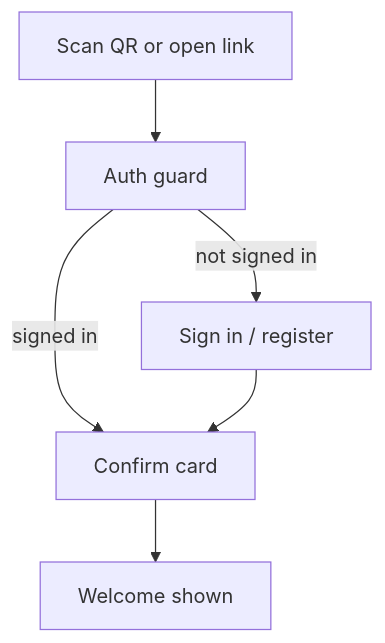
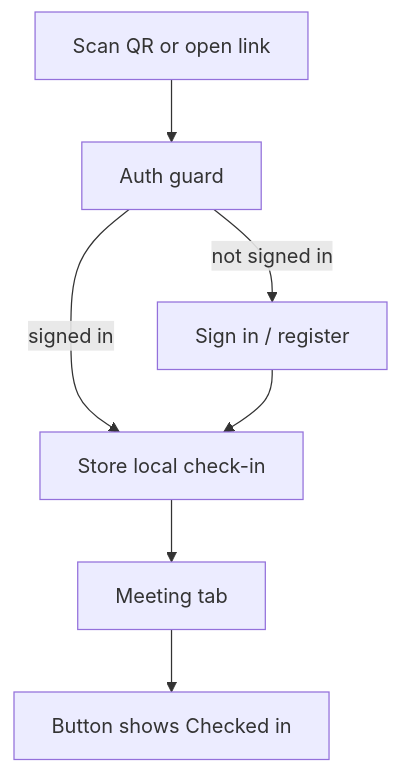
One commit to misu-tmc/misu changed the diagram in design/functionalities/check_in.md. Above: the diagram before and after it, drawn with Mermaid. The commit also changed other lines of this file and 6 other files, not shown here.

Commit message:
Mini program: show check-in status on Meeting tab

````diff
--- a/design/functionalities/check_in.md
+++ b/design/functionalities/check_in.md
@@ -20,8 +21,9 @@
 ```mermaid
 flowchart TD
     Q[Scan QR or open link] --> A[Auth guard]
-    A -->|signed in| R[Confirm card]
+    A -->|signed in| C[Store local check-in]
     A -->|not signed in| S[Sign in / register]
-    S --> R
-    R --> DONE[Welcome shown]
+    S --> C
+    C --> M[Meeting tab]
+    M --> DONE[Button shows Checked in]
 ```
````
